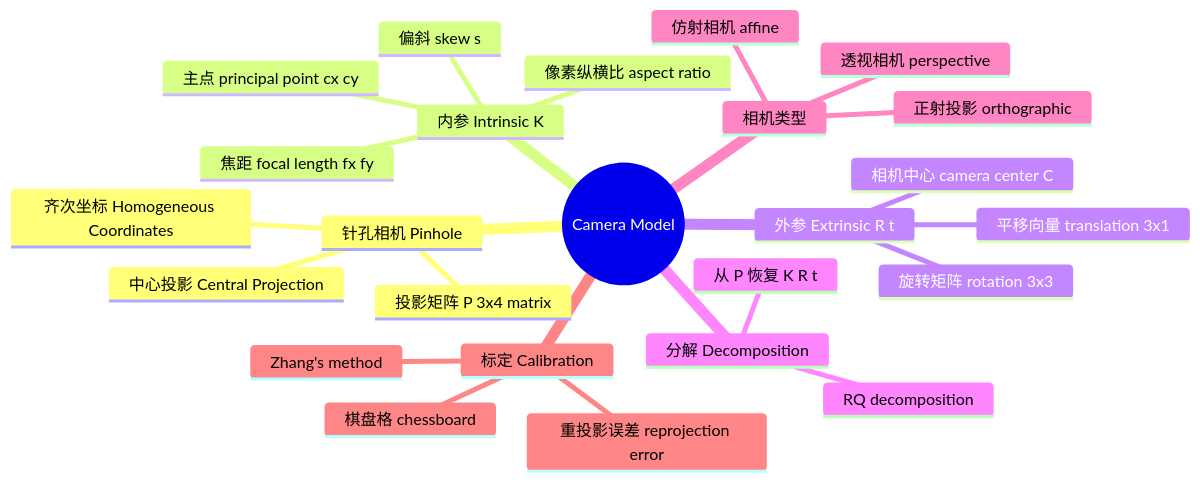
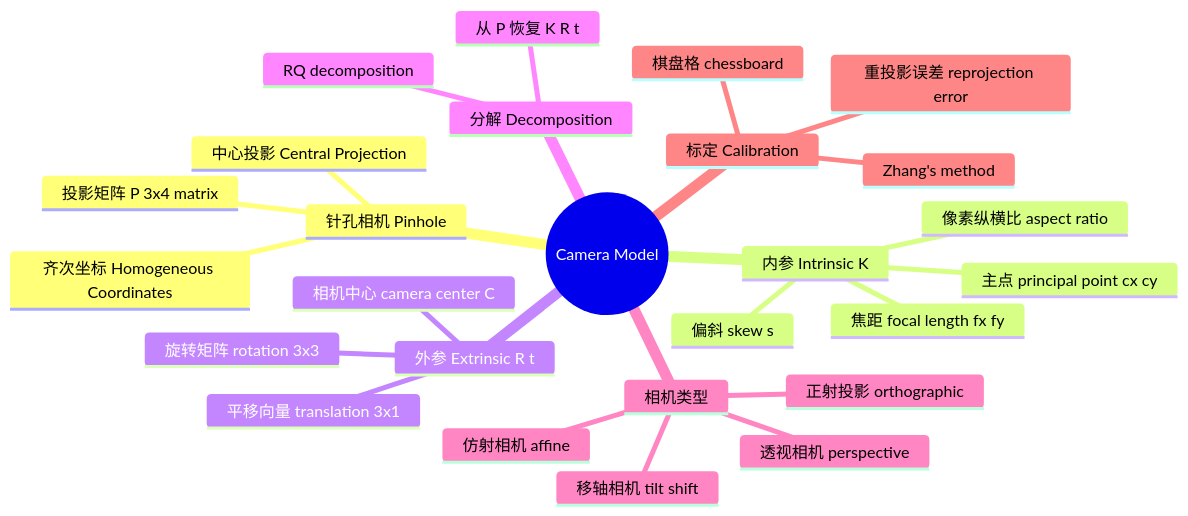
The first of 2 diagrams in src/00_basics/01_camera_model.md (dull-bird/book_3d_cv), drawn with Mermaid before and after one commit. The commit also changed other lines of this file and 27 other files, not shown here.

Commit message:
feat: tilt-shift camera intro + backtick code to inline LaTeX math

````diff
--- a/src/00_basics/01_camera_model.md
+++ b/src/00_basics/01_camera_model.md
@@ -31,28 +31,29 @@
 ```mermaid
 mindmap
   root((Camera Model))
     针孔相机 Pinhole
       中心投影 Central Projection
       齐次坐标 Homogeneous Coordinates
       投影矩阵 P 3x4 matrix
     内参 Intrinsic K
       焦距 focal length fx fy
       主点 principal point cx cy
       像素纵横比 aspect ratio
       偏斜 skew s
     外参 Extrinsic R t
       旋转矩阵 rotation 3x3
       平移向量 translation 3x1
       相机中心 camera center C
     分解 Decomposition
       RQ decomposition
       从 P 恢复 K R t
     相机类型
       透视相机 perspective
       仿射相机 affine
+      移轴相机 tilt shift
       正射投影 orthographic
     标定 Calibration
       Zhang's method
       棋盘格 chessboard
       重投影误差 reprojection error
 ```
````
